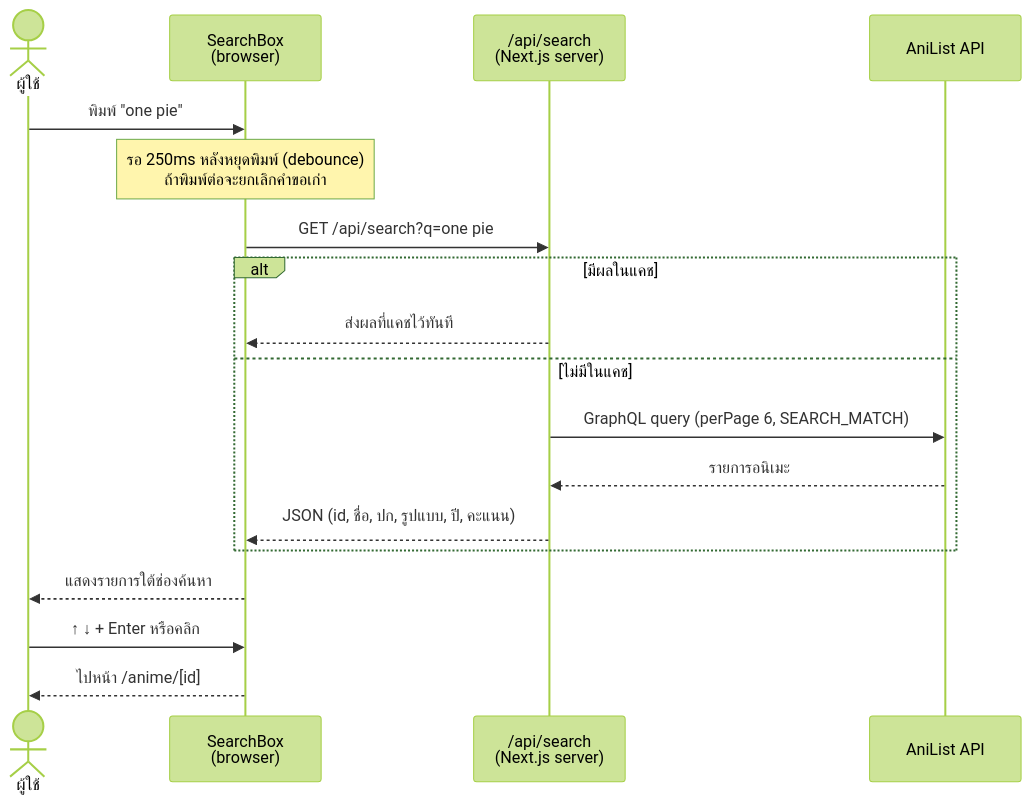
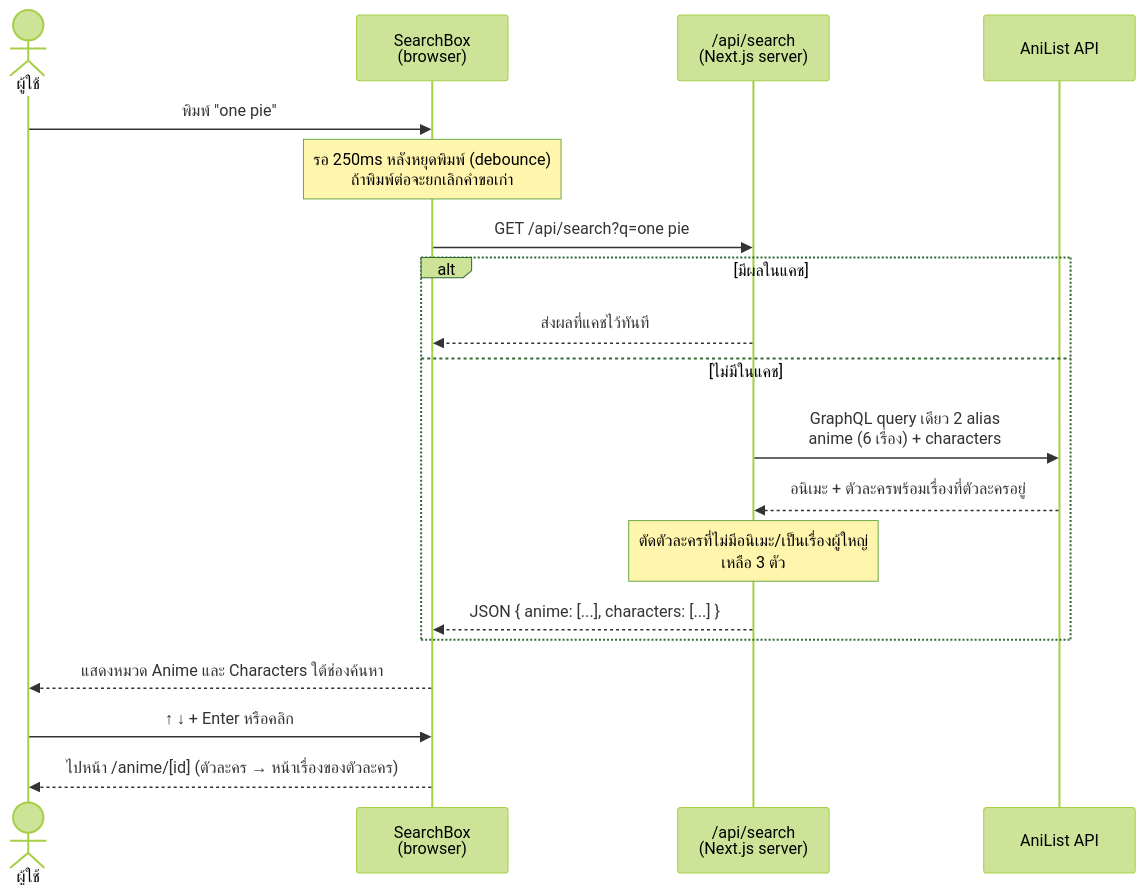
Before and after one commit to kmegumi354-cloud/project-webtech: the sixth of 7 diagrams in README.md, drawn with Mermaid (forest theme). The commit also changed other lines of this file and 3 other files, not shown here.

First line of the commit message:
Show anime and character sections in live search

````diff
--- a/README.md
+++ b/README.md
@@ -369,21 +373,22 @@
 ```mermaid
 sequenceDiagram
     actor U as ผู้ใช้
     participant SB as SearchBox<br/>(browser)
     participant API as /api/search<br/>(Next.js server)
     participant AL as AniList API
 
     U->>SB: พิมพ์ "one pie"
     Note over SB: รอ 250ms หลังหยุดพิมพ์ (debounce)<br/>ถ้าพิมพ์ต่อจะยกเลิกคำขอเก่า
     SB->>API: GET /api/search?q=one pie
     alt มีผลในแคช
         API-->>SB: ส่งผลที่แคชไว้ทันที
     else ไม่มีในแคช
-        API->>AL: GraphQL query (perPage 6, SEARCH_MATCH)
-        AL-->>API: รายการอนิเมะ
-        API-->>SB: JSON (id, ชื่อ, ปก, รูปแบบ, ปี, คะแนน)
+        API->>AL: GraphQL query เดียว 2 alias<br/>anime (6 เรื่อง) + characters
+        AL-->>API: อนิเมะ + ตัวละครพร้อมเรื่องที่ตัวละครอยู่
+        Note over API: ตัดตัวละครที่ไม่มีอนิเมะ/เป็นเรื่องผู้ใหญ่<br/>เหลือ 3 ตัว
+        API-->>SB: JSON { anime: [...], characters: [...] }
     end
-    SB-->>U: แสดงรายการใต้ช่องค้นหา
+    SB-->>U: แสดงหมวด Anime และ Characters ใต้ช่องค้นหา
     U->>SB: ↑ ↓ + Enter หรือคลิก
-    SB-->>U: ไปหน้า /anime/[id]
+    SB-->>U: ไปหน้า /anime/[id] (ตัวละคร → หน้าเรื่องของตัวละคร)
 ```
````
